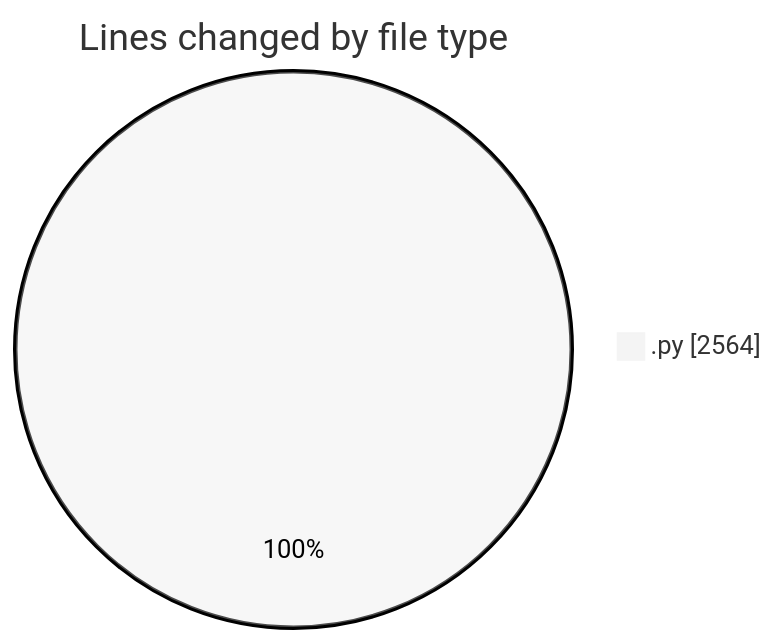
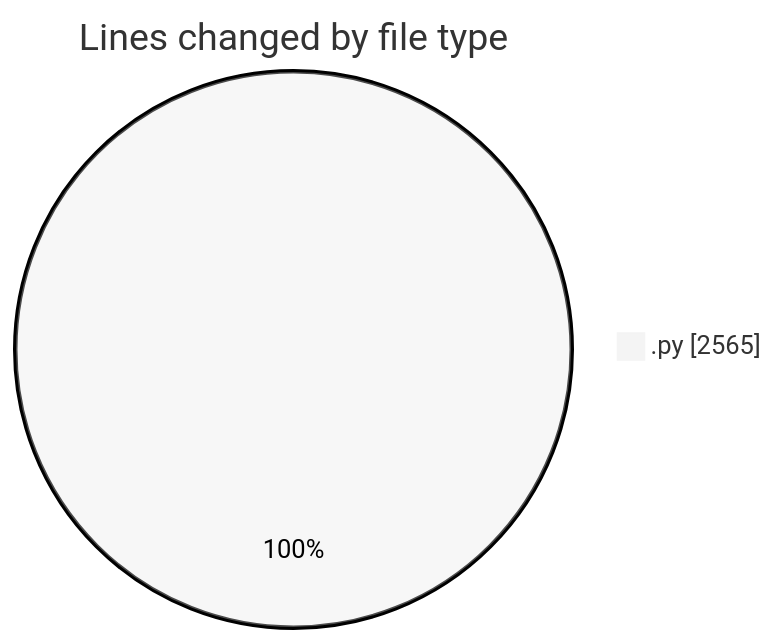
Before and after one commit to julien-gomy/code-tracking: the first of 2 diagrams in 2025-11-25/eventscop-api-guide__workspace_/README.md, drawn with Mermaid (neutral theme). The commit also changed other lines of this file and 1 other file, not shown here.

````diff
--- a/2025-11-25/eventscop-api-guide__workspace_/README.md
+++ b/2025-11-25/eventscop-api-guide__workspace_/README.md
@@ -24,5 +24,5 @@
 ```mermaid
 pie showData
 title Lines changed by file type
-".py" : 2564
+".py" : 2565
 ```
````
